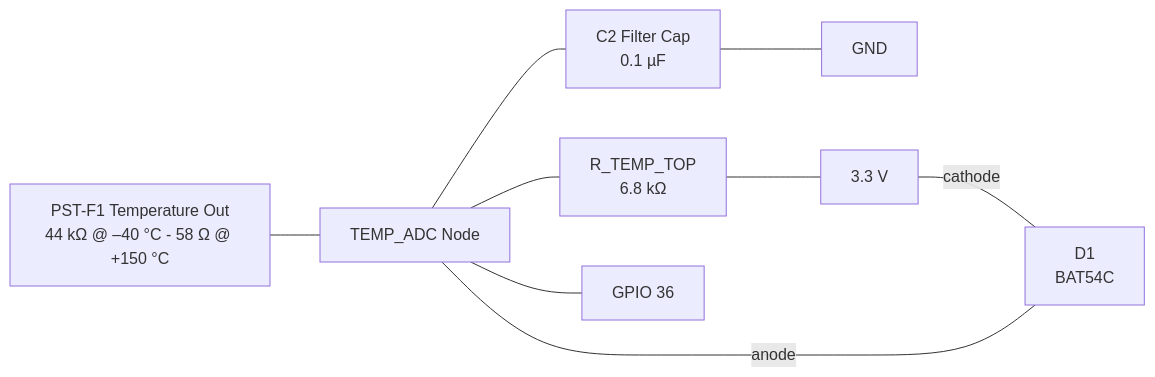
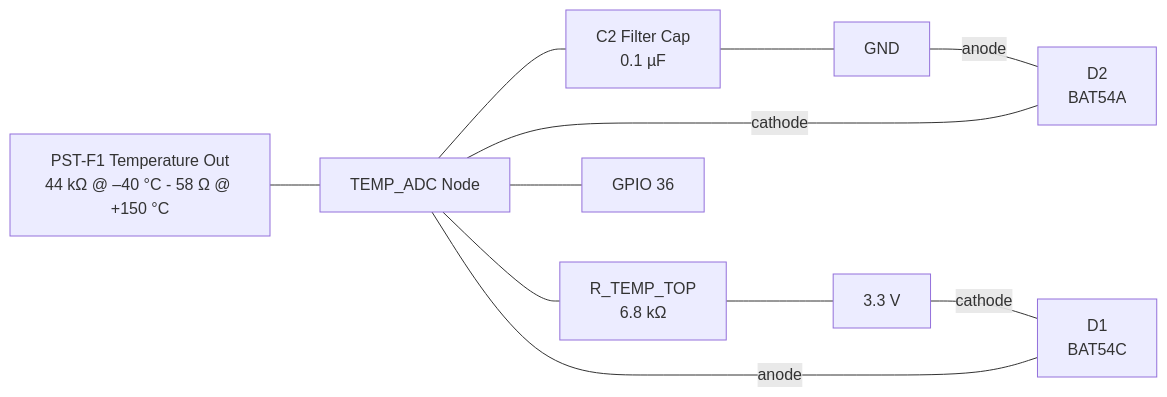
The second of 2 diagrams in bolt-on-bosch-pst-f-1/README.md (DinoLeung/can-bus-injector), drawn with Mermaid before and after one commit. The commit also changed other lines of this file and 3 other files, not shown here.

````diff
--- a/bolt-on-bosch-pst-f-1/README.md
+++ b/bolt-on-bosch-pst-f-1/README.md
@@ -67,18 +70,20 @@
 ``` mermaid
 flowchart LR
   PSTF1_P["PST-F1 Temperature Out<br/>44 kΩ @ –40 °C - 58 Ω @ +150 °C"]
   R_TEMP_TOP["R_TEMP_TOP<br/>6.8 kΩ"]
   TEMP_ADC["TEMP_ADC Node"]
   D1["D1<br/>BAT54C"]
+  D2["D2<br/>BAT54A"]
   C2["C2 Filter Cap<br/>0.1 µF"]
   GND["GND"]
   VCC["3.3 V"]
   GPIO["GPIO 36"]
 
   PSTF1_P --- TEMP_ADC
   TEMP_ADC --- C2 --- GND
   TEMP_ADC --- R_TEMP_TOP --- VCC
-  VCC ---|cathode| D1
-  D1 ---|anode| TEMP_ADC
+  VCC ---|cathode| D1  ---|anode| TEMP_ADC
+  GND ---|anode| D2
+  D2 ---|cathode| TEMP_ADC
   TEMP_ADC --- GPIO
 ```
````
